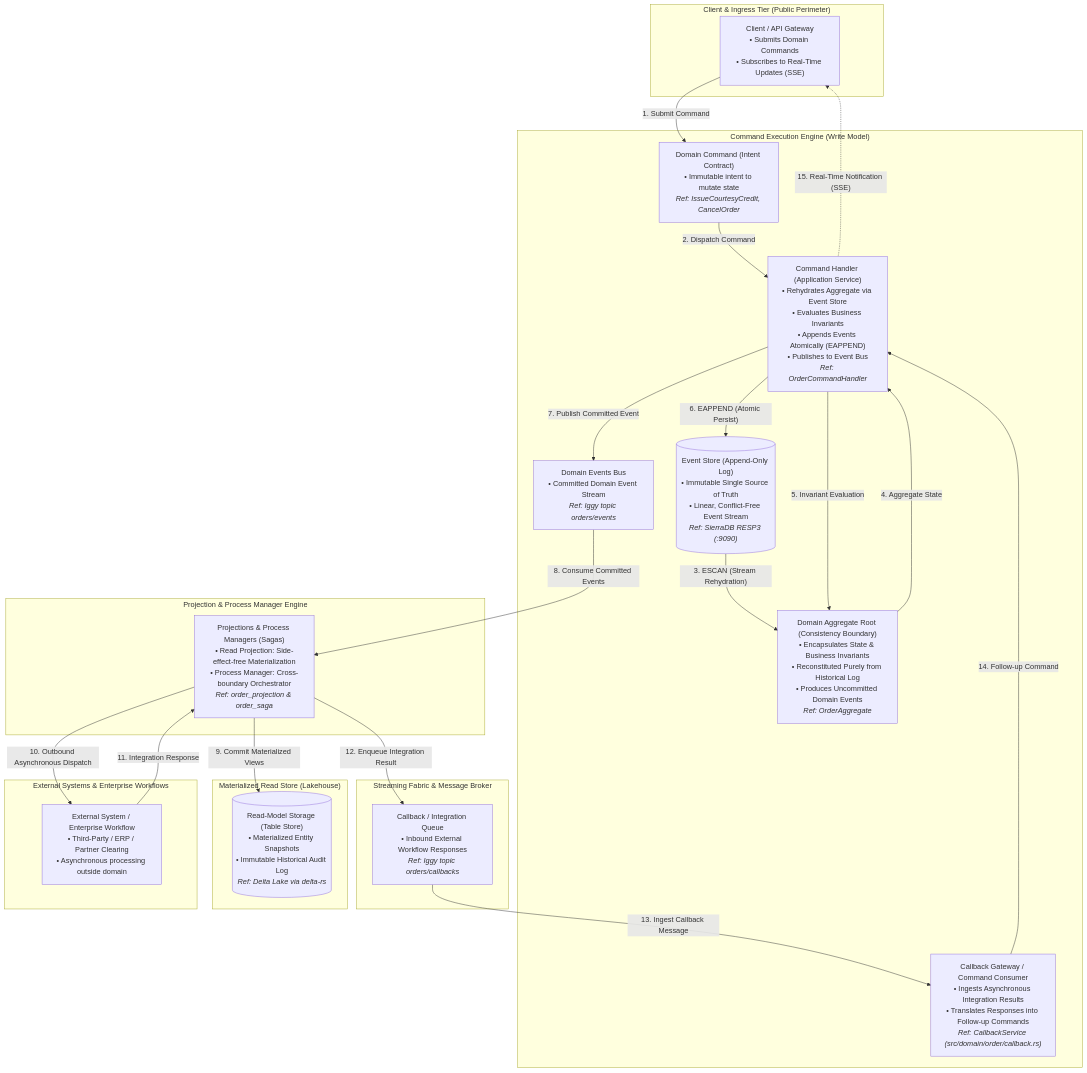
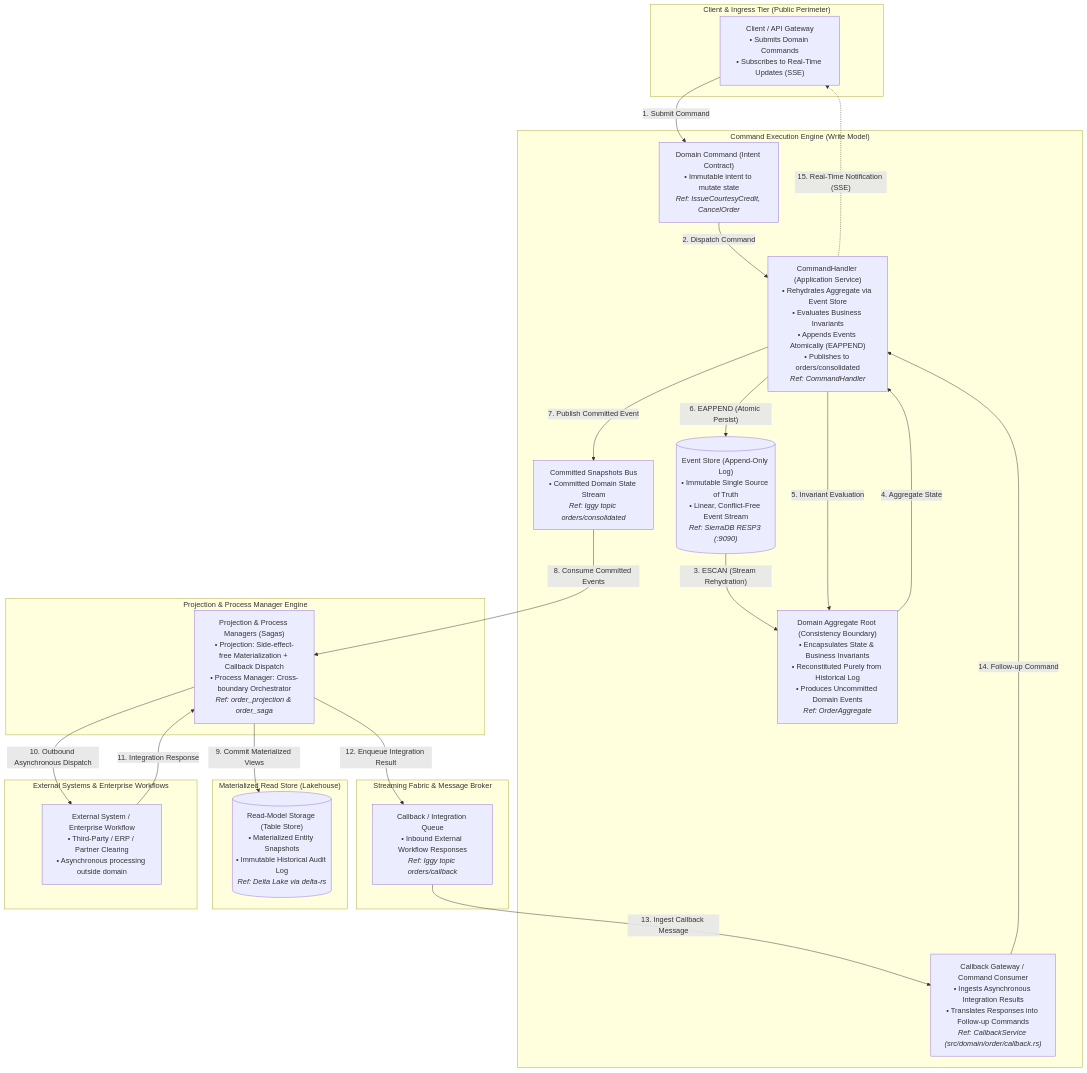
Before and after one commit to reidlai/ferrous-cqrses: the first of 3 diagrams in README.md, drawn with Mermaid. The commit also changed other lines of this file and 8 other files, not shown here.

Commit message:
feat(callback): add CallbackConsumer for orders/callback and align projection/topics

````diff
--- a/README.md
+++ b/README.md
@@ -51,61 +48,61 @@
 ```mermaid
 flowchart TD
     subgraph Client_Tier ["Client & Ingress Tier (Public Perimeter)"]
         Client["Client / API Gateway<br/>• Submits Domain Commands<br/>• Subscribes to Real-Time Updates (SSE)"]
     end
 
     subgraph Command_Tier ["Command Execution Engine (Write Model)"]
         Command["Domain Command (Intent Contract)<br/>• Immutable intent to mutate state<br/><i>Ref: IssueCourtesyCredit, CancelOrder</i>"]
-        CommandHandler["Command Handler (Application Service)<br/>• Rehydrates Aggregate via Event Store<br/>• Evaluates Business Invariants<br/>• Appends Events Atomically (EAPPEND)<br/>• Publishes to Event Bus<br/><i>Ref: OrderCommandHandler</i>"]
+        CommandHandler["CommandHandler (Application Service)<br/>• Rehydrates Aggregate via Event Store<br/>• Evaluates Business Invariants<br/>• Appends Events Atomically (EAPPEND)<br/>• Publishes to orders/consolidated<br/><i>Ref: CommandHandler</i>"]
         Aggregate["Domain Aggregate Root (Consistency Boundary)<br/>• Encapsulates State & Business Invariants<br/>• Reconstituted Purely from Historical Log<br/>• Produces Uncommitted Domain Events<br/><i>Ref: OrderAggregate</i>"]
         CallbackWorker["Callback Gateway / Command Consumer<br/>• Ingests Asynchronous Integration Results<br/>• Translates Responses into Follow-up Commands<br/><i>Ref: CallbackService (src/domain/order/callback.rs)</i>"]
         EventStore[("Event Store (Append-Only Log)<br/>• Immutable Single Source of Truth<br/>• Linear, Conflict-Free Event Stream<br/><i>Ref: SierraDB RESP3 (:9090)</i>")]
 
         Command -->|"2. Dispatch Command"| CommandHandler
         EventStore -->|"3. ESCAN (Stream Rehydration)"| Aggregate
         Aggregate -->|"4. Aggregate State"| CommandHandler
         CommandHandler -->|"5. Invariant Evaluation"| Aggregate
         CommandHandler -->|"6. EAPPEND (Atomic Persist)"| EventStore
         CommandHandler -->|"7. Publish Committed Event"| DomainEventsBus
         CallbackWorker -->|"14. Follow-up Command"| CommandHandler        
     end
 
     subgraph Streaming_Fabric ["Streaming Fabric & Message Broker"]
-        DomainEventsBus["Domain Events Bus<br/>• Committed Domain Event Stream<br/><i>Ref: Iggy topic orders/events</i>"]
-        CallbackQueue["Callback / Integration Queue<br/>• Inbound External Workflow Responses<br/><i>Ref: Iggy topic orders/callbacks</i>"]
+        DomainEventsBus["Committed Snapshots Bus<br/>• Committed Domain State Stream<br/><i>Ref: Iggy topic orders/consolidated</i>"]
+        CallbackQueue["Callback / Integration Queue<br/>• Inbound External Workflow Responses<br/><i>Ref: Iggy topic orders/callback</i>"]
     end
 
     subgraph Projection_Tier ["Projection & Process Manager Engine"]
-        Projections["Projections & Process Managers (Sagas)<br/>• Read Projection: Side-effect-free Materialization<br/>• Process Manager: Cross-boundary Orchestrator<br/><i>Ref: order_projection & order_saga</i>"]
+        Projections["Projection & Process Managers (Sagas)<br/>• Projection: Side-effect-free Materialization + Callback Dispatch<br/>• Process Manager: Cross-boundary Orchestrator<br/><i>Ref: order_projection & order_saga</i>"]
     end
 
     subgraph Read_Store_Tier ["Materialized Read Store (Lakehouse)"]
         ReadStore[("Read-Model Storage (Table Store)<br/>• Materialized Entity Snapshots<br/>• Immutable Historical Audit Log<br/><i>Ref: Delta Lake via delta-rs</i>")]
     end
 
     subgraph External_Tier ["External Systems & Enterprise Workflows"]
         ExternalSystem["External System / Enterprise Workflow<br/>• Third-Party / ERP / Partner Clearing<br/>• Asynchronous processing outside domain"]
     end        
 
     Client_Tier ~~~ Command_Tier
     Command_Tier ~~~ Streaming_Fabric
     Streaming_Fabric ~~~ Projection_Tier
     Projection_Tier ~~~ Read_Store_Tier
     Projection_Tier ~~~ External_Tier    
 
     %% Step 1: Command Submission
     Client -->|"1. Submit Command"| Command
     CommandHandler -.->|"15. Real-Time Notification (SSE)"| Client
 
     %% Step 2: Read Model Materialization
     DomainEventsBus -->|"8. Consume Committed Events"| Projections
     Projections -->|"9. Commit Materialized Views"| ReadStore
 
     %% Step 3: Outbound Process Management & Integration
     Projections -->|"10. Outbound Asynchronous Dispatch"| ExternalSystem
     ExternalSystem -->|"11. Integration Response"| Projections
 
     %% Step 4: Callback Queue Placement & Loop Closure
     Projections -->|"12. Enqueue Integration Result"| CallbackQueue
     CallbackQueue -->|"13. Ingest Callback Message"| CallbackWorker
 ```
````
